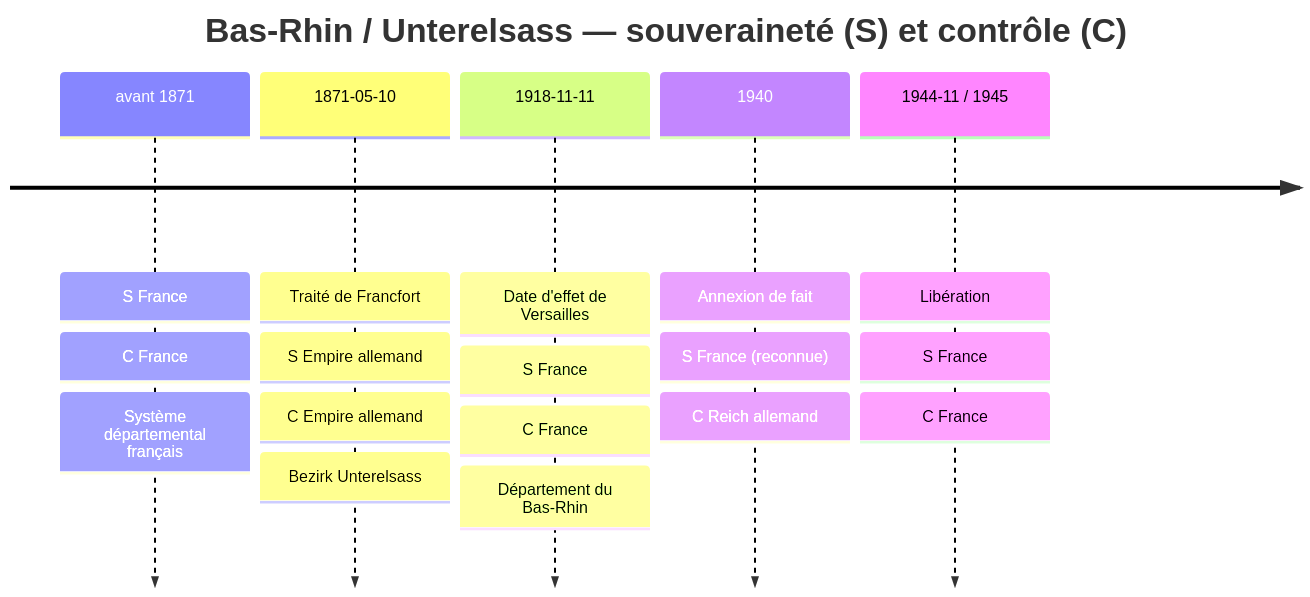
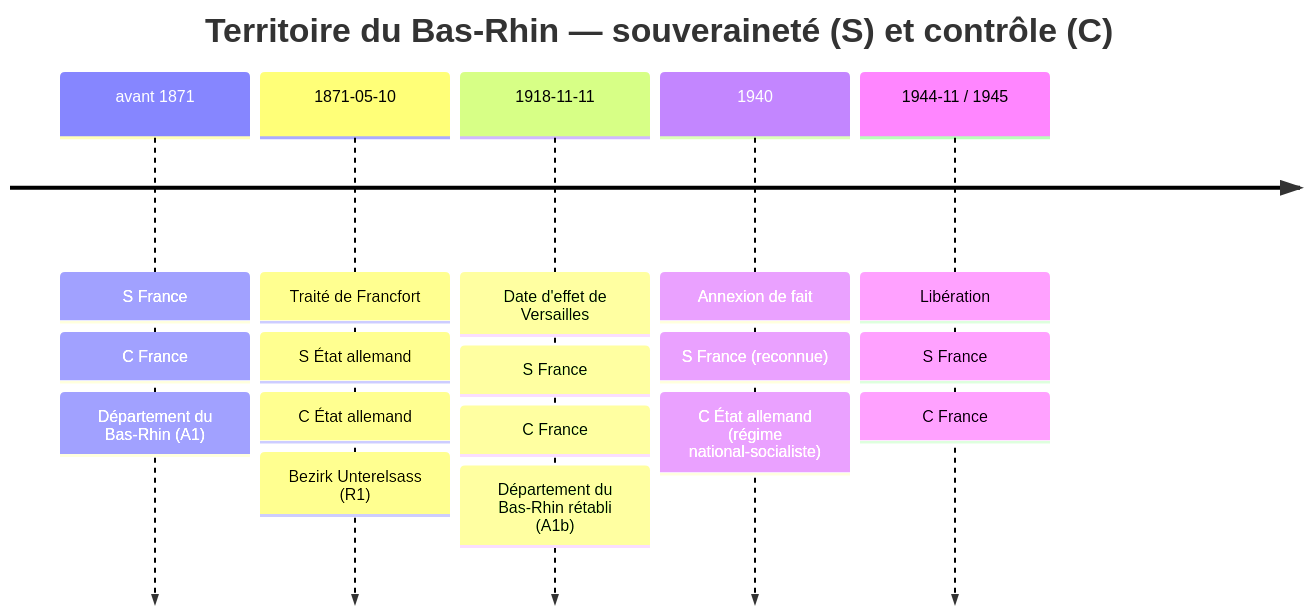
The fourth of 5 diagrams in docs/modele-donnees.md (Lukianos76/atlas), drawn with Mermaid before and after one commit. The commit also changed other lines of this file, not shown here.

````diff
--- a/docs/modele-donnees.md
+++ b/docs/modele-donnees.md
@@ -643,9 +895,9 @@
 ```mermaid
 timeline
-    title Bas-Rhin / Unterelsass — souveraineté (S) et contrôle (C)
-    avant 1871 : S France : C France : Système départemental français
-    1871-05-10 : Traité de Francfort : S Empire allemand : C Empire allemand : Bezirk Unterelsass
-    1918-11-11 : Date d'effet de Versailles : S France : C France : Département du Bas-Rhin
-    1940 : Annexion de fait : S France (reconnue) : C Reich allemand
+    title Territoire du Bas-Rhin — souveraineté (S) et contrôle (C)
+    avant 1871 : S France : C France : Département du Bas-Rhin (A1)
+    1871-05-10 : Traité de Francfort : S État allemand : C État allemand : Bezirk Unterelsass (R1)
+    1918-11-11 : Date d'effet de Versailles : S France : C France : Département du Bas-Rhin rétabli (A1b)
+    1940 : Annexion de fait : S France (reconnue) : C État allemand (régime national-socialiste)
     1944-11 / 1945 : Libération : S France : C France
 ```
````
